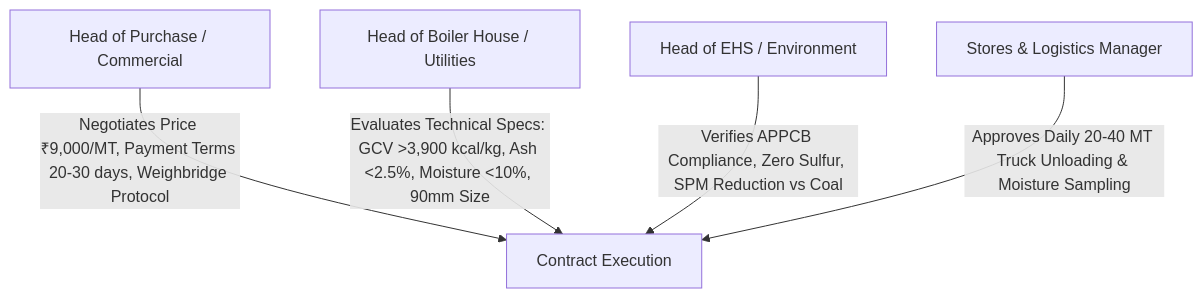
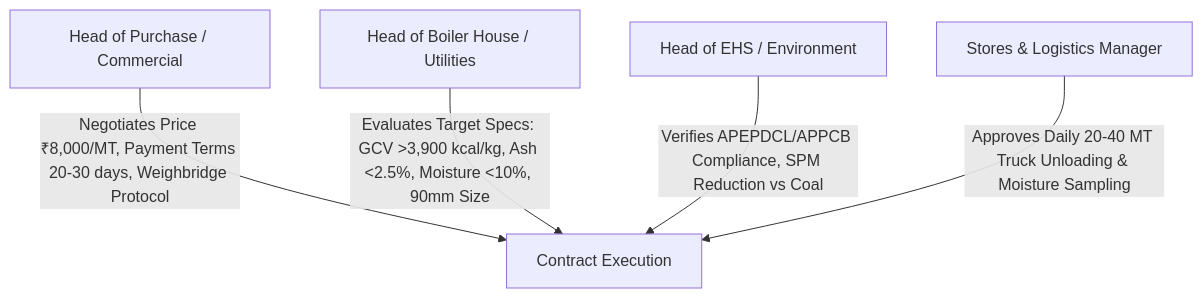
The second of 2 diagrams in MARKET-RESEARCH/02-Industrial-Boiler-Buyers-Atchutapuram-Parawada.md (pavan53732/AKASHYA-ENTERPRISES), drawn with Mermaid before and after one commit. The commit also changed other lines of this file and 9 other files, not shown here.

````diff
--- a/MARKET-RESEARCH/02-Industrial-Boiler-Buyers-Atchutapuram-Parawada.md
+++ b/MARKET-RESEARCH/02-Industrial-Boiler-Buyers-Atchutapuram-Parawada.md
@@ -94,7 +113,7 @@
 ```mermaid
 flowchart TD
-    A[Head of Purchase / Commercial] -->|Negotiates Price ₹9,000/MT, Payment Terms 20-30 days, Weighbridge Protocol| D[Contract Execution]
-    B[Head of Boiler House / Utilities] -->|Evaluates Technical Specs: GCV >3,900 kcal/kg, Ash <2.5%, Moisture <10%, 90mm Size| D
-    C[Head of EHS / Environment] -->|Verifies APPCB Compliance, Zero Sulfur, SPM Reduction vs Coal| D
+    A[Head of Purchase / Commercial] -->|Negotiates Price ₹8,000/MT, Payment Terms 20-30 days, Weighbridge Protocol| D[Contract Execution]
+    B[Head of Boiler House / Utilities] -->|Evaluates Target Specs: GCV >3,900 kcal/kg, Ash <2.5%, Moisture <10%, 90mm Size| D
+    C[Head of EHS / Environment] -->|Verifies APEPDCL/APPCB Compliance, SPM Reduction vs Coal| D
     E[Stores & Logistics Manager] -->|Approves Daily 20-40 MT Truck Unloading & Moisture Sampling| D
 ```
````
